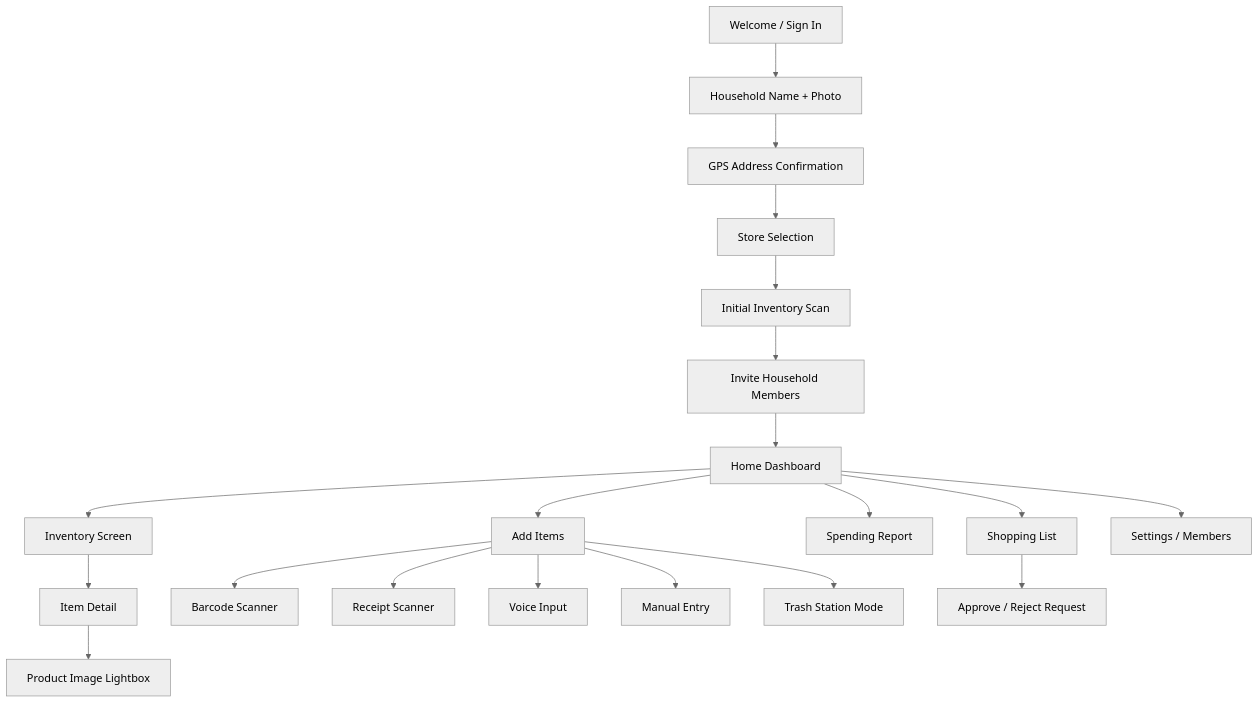
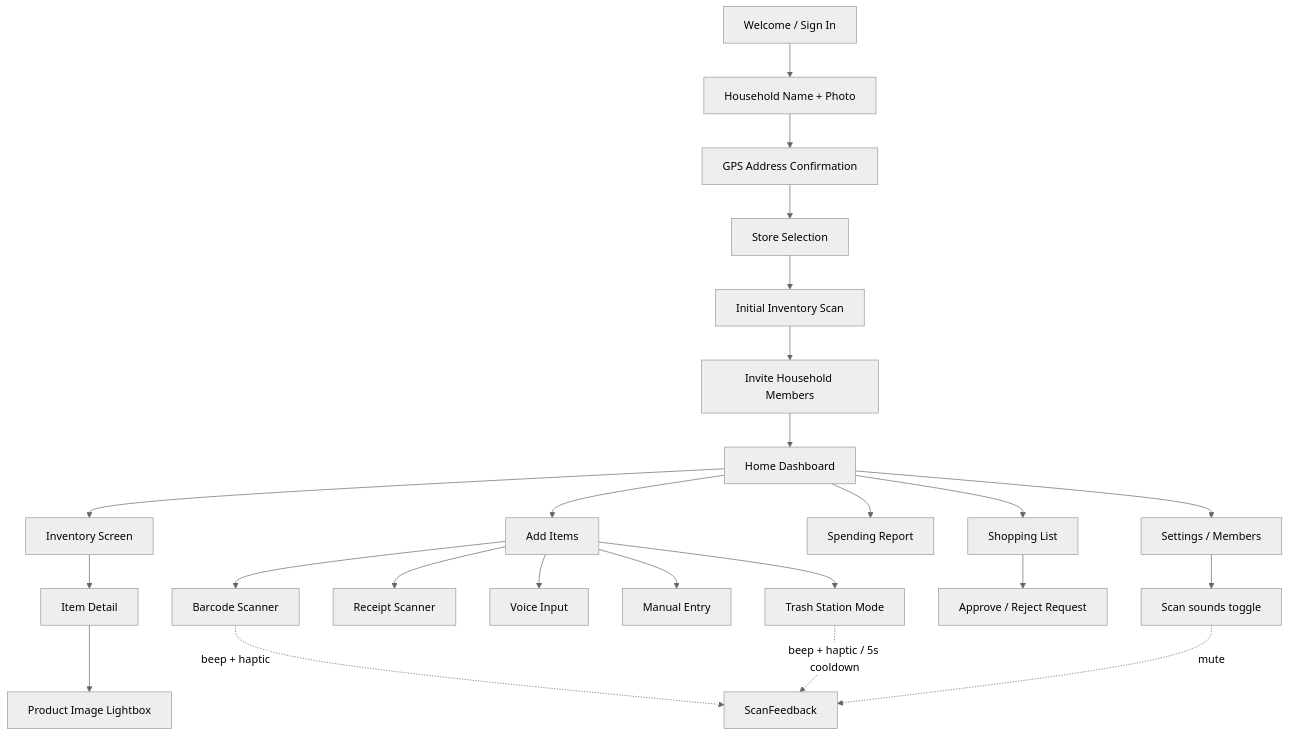
The diagram in design/user-flows.md (fernandogator/mekasa), drawn with Mermaid (neutral theme) before and after one commit. The commit also changed other lines of this file and 30 other files, not shown here.

First line of the commit message:
Scan feedback: beep + haptic (iOS) / vibrate (Android) on every barcode path (#100)

````diff
--- a/design/user-flows.md
+++ b/design/user-flows.md
@@ -5,26 +5,31 @@
 ```mermaid
 flowchart TD
   Welcome[Welcome / Sign In] --> HouseholdSetup[Household Name + Photo]
   HouseholdSetup --> AddressConfirm[GPS Address Confirmation]
   AddressConfirm --> StoreSelection[Store Selection]
   StoreSelection --> InitialScan[Initial Inventory Scan]
   InitialScan --> InviteMembers[Invite Household Members]
   InviteMembers --> Dashboard[Home Dashboard]
 
   Dashboard --> InventoryScreen[Inventory Screen]
   Dashboard --> ShoppingList[Shopping List]
   Dashboard --> SpendingReport[Spending Report]
   Dashboard --> AddItems[Add Items]
   Dashboard --> Settings[Settings / Members]
 
   InventoryScreen --> ItemDetail[Item Detail]
   ItemDetail --> ImageLightbox[Product Image Lightbox]
 
   AddItems --> BarcodeScanner[Barcode Scanner]
   AddItems --> ReceiptScanner[Receipt Scanner]
   AddItems --> VoiceInput[Voice Input]
   AddItems --> ManualEntry[Manual Entry]
   AddItems --> TrashStation[Trash Station Mode]
 
   ShoppingList --> RequestApproval[Approve / Reject Request]
+
+  Settings --> ScanSounds[Scan sounds toggle]
+  BarcodeScanner -.->|beep + haptic| ScanFeedback[ScanFeedback]
+  TrashStation -.->|beep + haptic / 5s cooldown| ScanFeedback
+  ScanSounds -.->|mute| ScanFeedback
 ```
````
